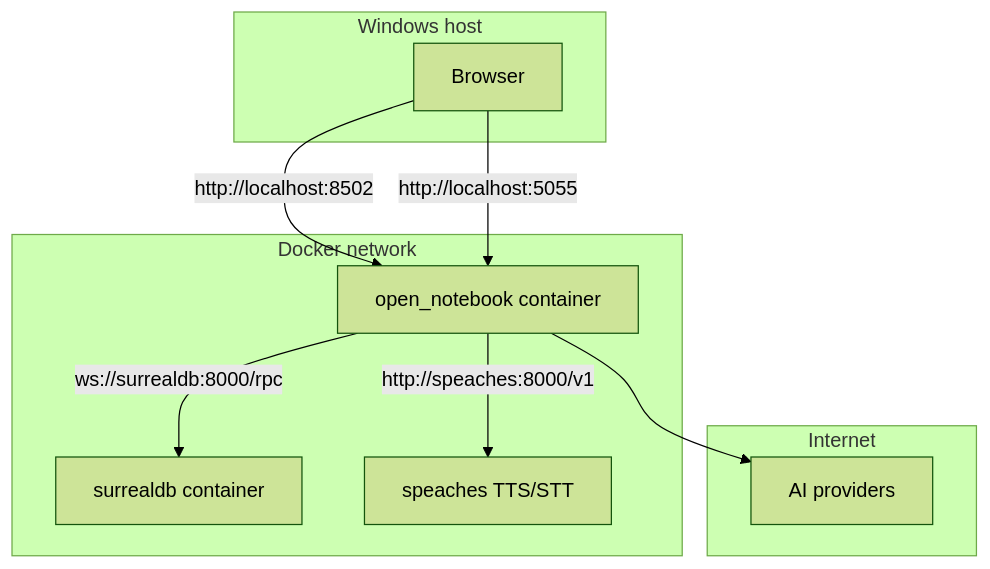
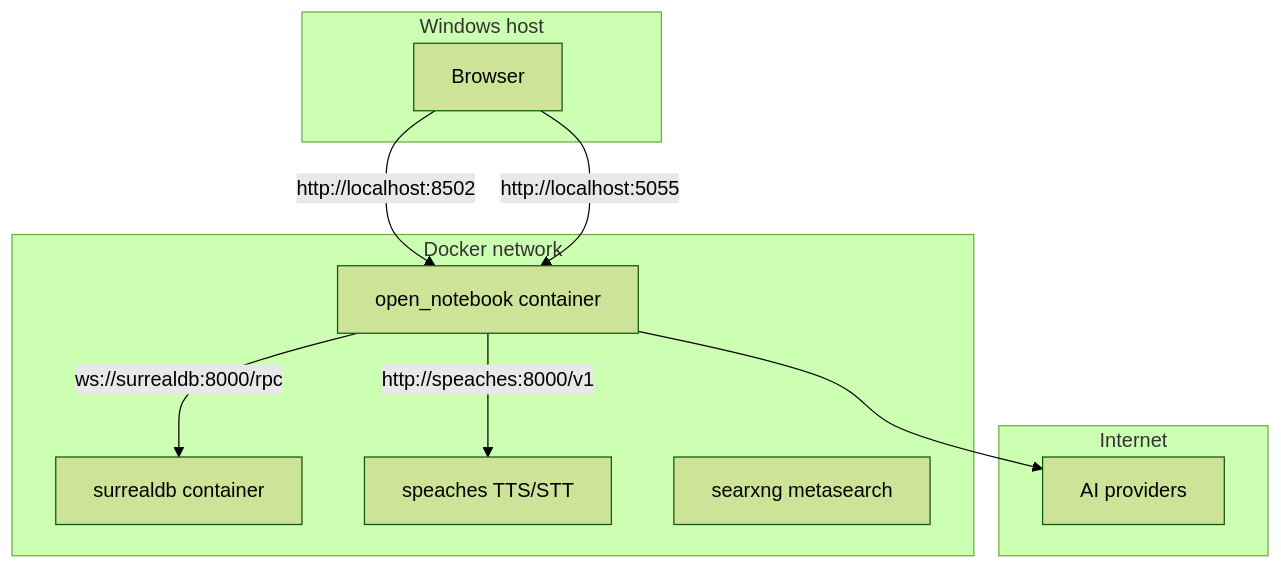
Before and after one commit to lastfore/AItools: the first of 2 diagrams in open-notebook/docs_zh/spec/windows-deployment.zh.md, drawn with Mermaid (forest theme). The commit also changed other lines of this file and 46 other files, not shown here.

````diff
--- a/open-notebook/docs_zh/spec/windows-deployment.zh.md
+++ b/open-notebook/docs_zh/spec/windows-deployment.zh.md
@@ -27,19 +27,20 @@
 ```mermaid
 flowchart TB
   subgraph host [Windows host]
     Browser[Browser]
   end
   subgraph docker [Docker network]
     APP[open_notebook container]
     DB[surrealdb container]
     SP[speaches TTS/STT]
+    SX[searxng metasearch]
   end
   subgraph cloud [Internet]
     AI[AI providers]
   end
   Browser -->|"http://localhost:8502"| APP
   Browser -->|"http://localhost:5055"| APP
   APP -->|"ws://surrealdb:8000/rpc"| DB
   APP -->|"http://speaches:8000/v1"| SP
   APP --> AI
 ```
````
